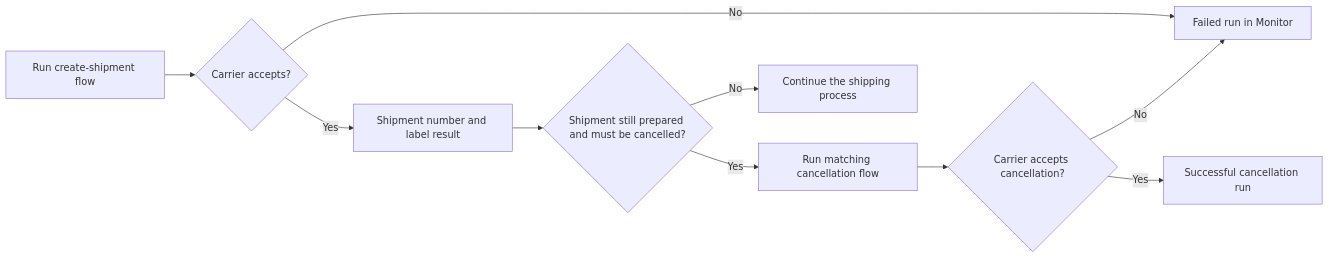
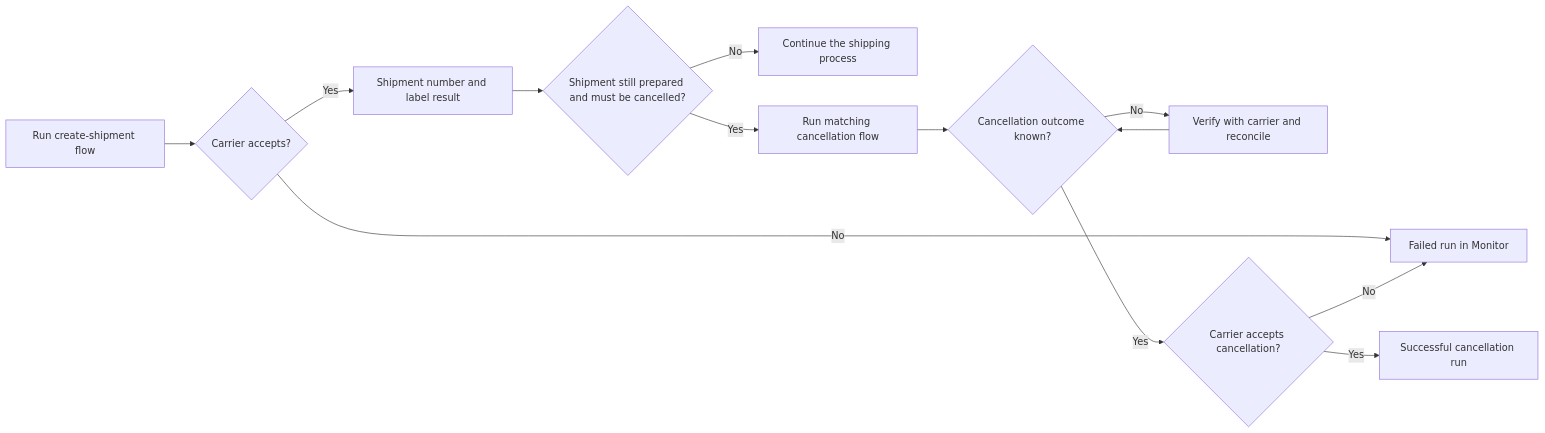
Before and after one commit to msmurygin/quark-docs: the third of 3 diagrams in docs-obsidian/user-guide/integration-platform/03-templates-and-flow-builder.md, drawn with Mermaid. The commit also changed other lines of this file and 1 other file, not shown here.

Commit message:
Document safe FedEx shipment cancellation

````diff
--- a/docs-obsidian/user-guide/integration-platform/03-templates-and-flow-builder.md
+++ b/docs-obsidian/user-guide/integration-platform/03-templates-and-flow-builder.md
@@ -190,12 +192,15 @@
 ```mermaid
 flowchart LR
     A[Run create-shipment flow] --> B{Carrier accepts?}
     B -->|No| C[Failed run in Monitor]
     B -->|Yes| D[Shipment number and label result]
     D --> E{Shipment still prepared and must be cancelled?}
     E -->|No| F[Continue the shipping process]
     E -->|Yes| G[Run matching cancellation flow]
-    G --> H{Carrier accepts cancellation?}
-    H -->|No| C
-    H -->|Yes| I[Successful cancellation run]
+    G --> H{Cancellation outcome known?}
+    H -->|No| J[Verify with carrier and reconcile]
+    J --> H
+    H -->|Yes| K{Carrier accepts cancellation?}
+    K -->|No| C
+    K -->|Yes| I[Successful cancellation run]
 ```
````
